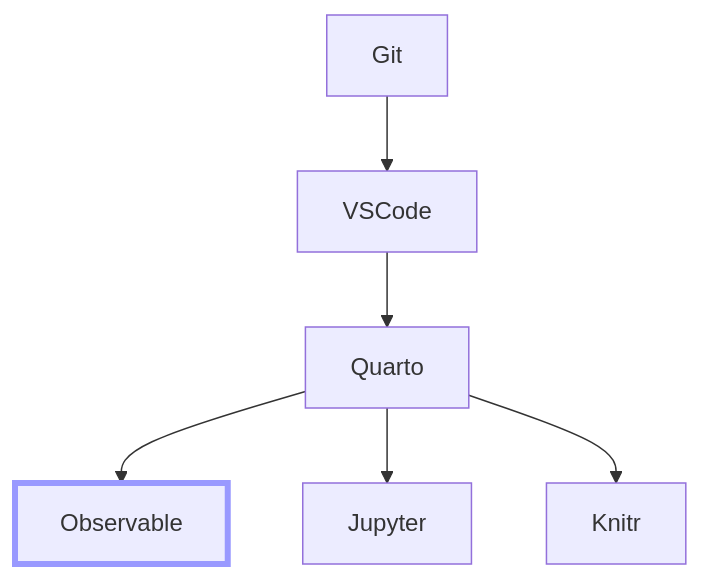
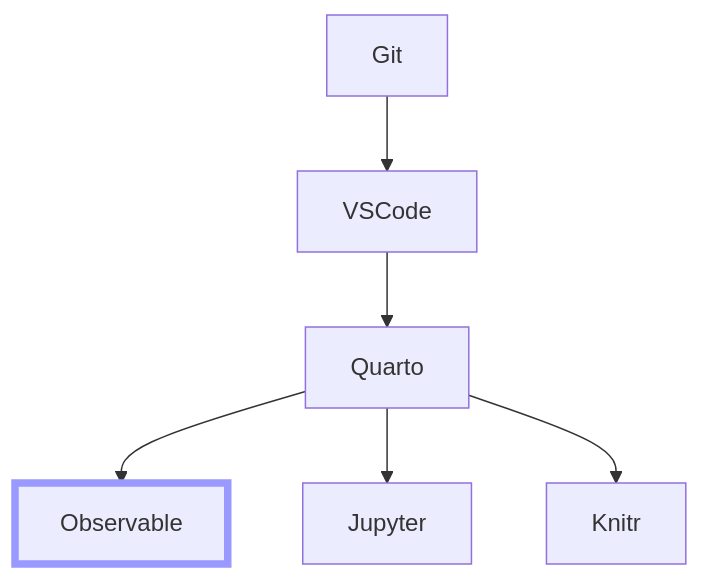
Before and after one commit to maptv/maptv.github.io: the diagram in blog/observable/observable.qmd, drawn with Mermaid. The commit also changed 5 other files, not shown here.

````diff
--- a/blog/observable/observable.qmd
+++ b/blog/observable/observable.qmd
@@ -23,17 +23,17 @@
 ```{mermaid}
 %%| column: margin
 %%| label: fig-navchart
 %%| fig-cap: Tools series navigation chart
 flowchart TB
    A[Git]-->B[VSCode]-->C[Quarto]
    C-->D[Observable]
    C-->E[Jupyter]
    C-->F[Knitr]
    click A "../git"
    click B "../vscode"
    click C "../quarto"
    click D "../observable"
    click E "../jupyter"
    click F "../knitr"
-   style D stroke:#99f,stroke-width:4px
+   style D stroke:#99f,stroke-width:5px
 ```
````
